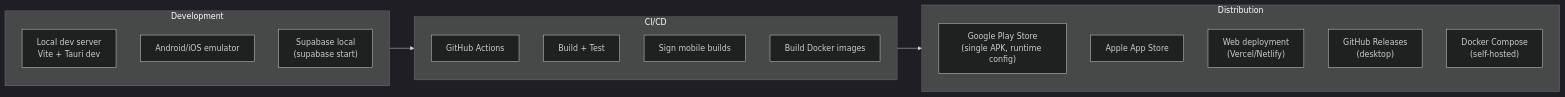
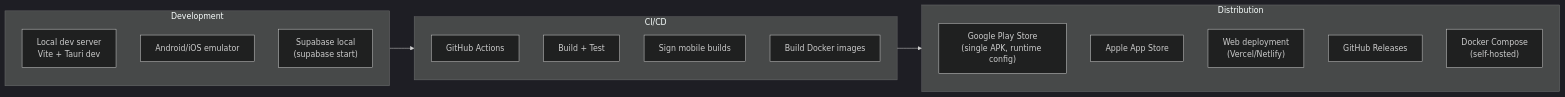
Diagram 16 of 16 in docs/07-architecture.md (rghsoftware/ardent-forge), drawn with Mermaid (dark theme) before and after one commit. The commit also changed other lines of this file and 45 other files, not shown here.

````diff
--- a/docs/07-architecture.md
+++ b/docs/07-architecture.md
@@ -639,25 +639,25 @@
 ```mermaid
 flowchart LR
     subgraph Development["Development"]
         Local["Local dev server<br/>Vite + Tauri dev"]
         Emulator["Android/iOS emulator"]
         SupaLocal["Supabase local<br/>(supabase start)"]
     end
 
     subgraph CI["CI/CD"]
         GitHub["GitHub Actions"]
         Build["Build + Test"]
         Sign["Sign mobile builds"]
         Docker["Build Docker images"]
     end
 
     subgraph Distribution["Distribution"]
         PlayStore["Google Play Store<br/>(single APK, runtime config)"]
         AppStore["Apple App Store"]
         Web["Web deployment<br/>(Vercel/Netlify)"]
-        GitHubRel["GitHub Releases<br/>(desktop)"]
+        GitHubRel["GitHub Releases"]
         DockerHub["Docker Compose<br/>(self-hosted)"]
     end
 
     Development --> CI --> Distribution
 ```
````
